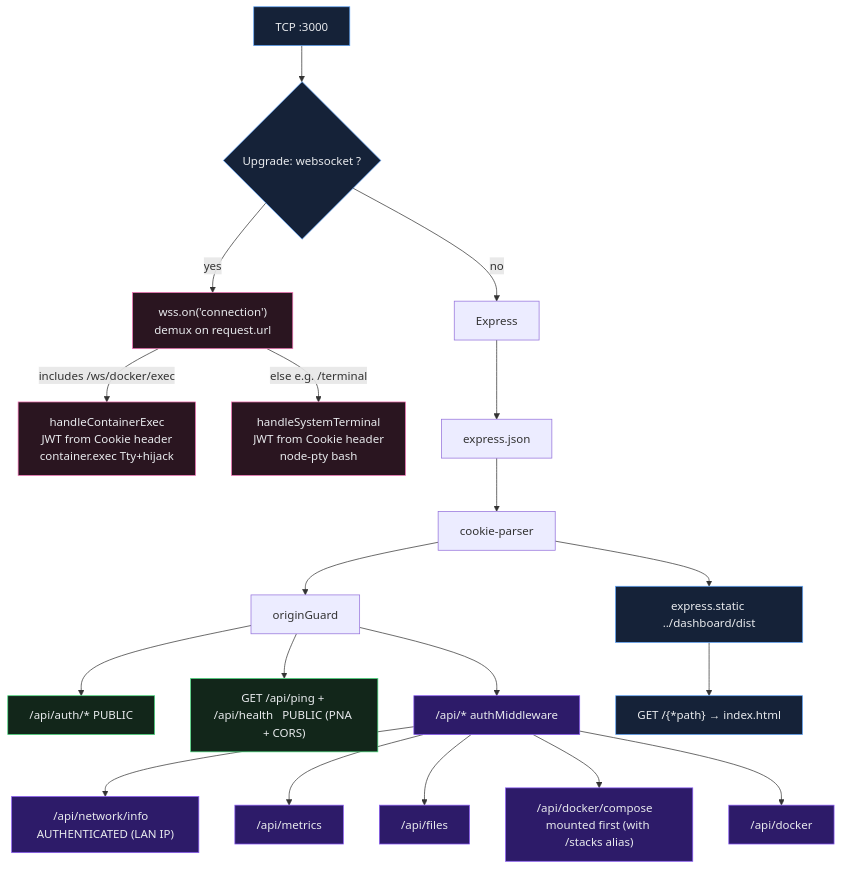
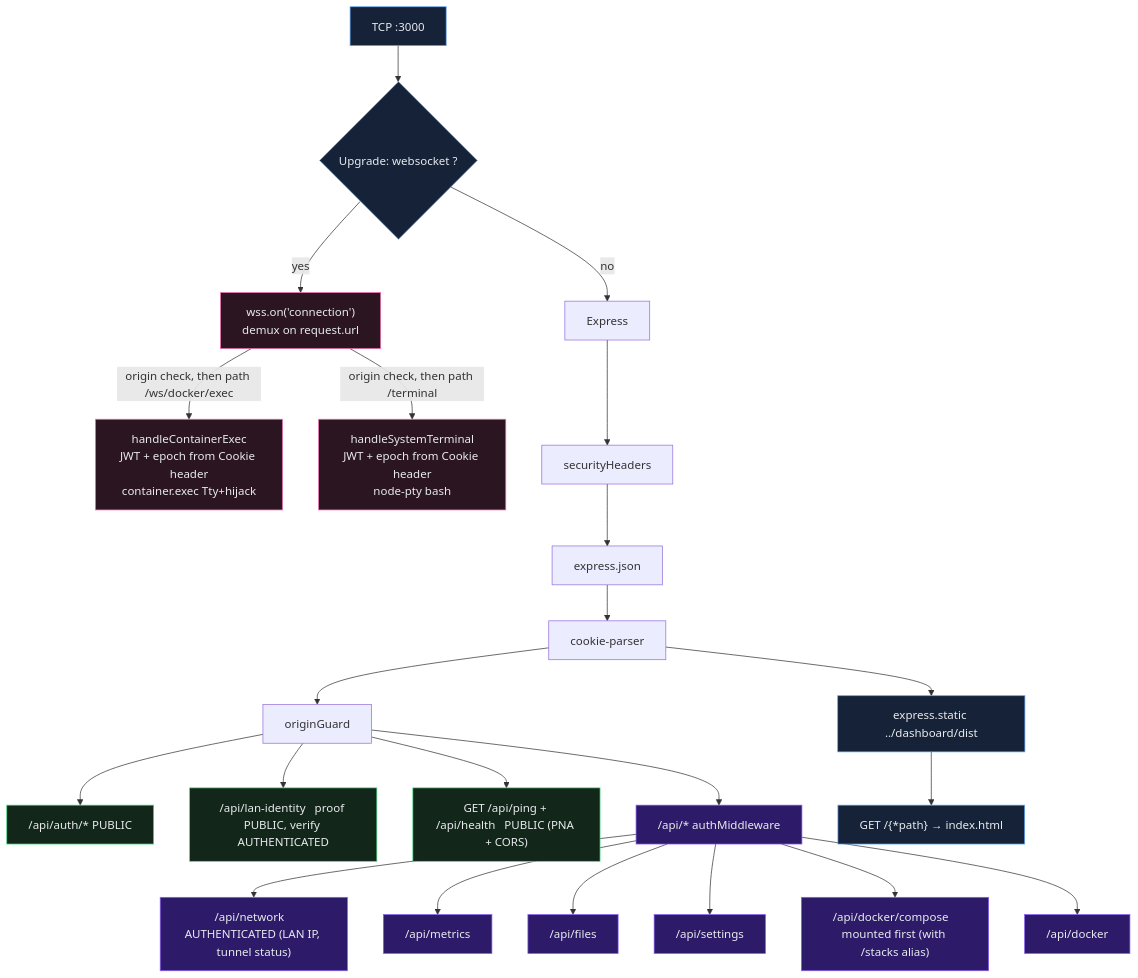
One commit to Cypher0071/Home_Cloud changed the third of 7 diagrams in docs/SYSTEM_DESIGN.md. Above: the diagram before and after it, drawn with Mermaid. The commit also changed other lines of this file and 21 other files, not shown here.

First line of the commit message:
docs: trim docs/ to the current architecture, design, roadmap and tradeoffs

````diff
--- a/docs/SYSTEM_DESIGN.md
+++ b/docs/SYSTEM_DESIGN.md
@@ -239,36 +277,39 @@
 ```mermaid
 flowchart TB
   classDef in fill:#152238,stroke:#60a5fa,color:#e8eaed
   classDef mux fill:#1e1635,stroke:#c4b5fd,color:#e8eaed
   classDef pub fill:#12261a,stroke:#4ade80,color:#e8eaed
   classDef prot fill:#2d1b69,stroke:#8b5cf6,color:#e8eaed
   classDef spa fill:#152238,stroke:#60a5fa,color:#e8eaed
   classDef ws fill:#2a1520,stroke:#f472b6,color:#e8eaed
 
   IN["TCP :3000"] --> UPG{"Upgrade: websocket ?"}
   UPG -->|yes| WSS["wss.on('connection')<br/>demux on request.url"]
   UPG -->|no| EXP["Express"]
 
-  WSS -->|"includes /ws/docker/exec"| EXEC["handleContainerExec<br/>JWT from Cookie header<br/>container.exec Tty+hijack"]
-  WSS -->|"else  e.g. /terminal"| HOST["handleSystemTerminal<br/>JWT from Cookie header<br/>node-pty bash"]
+  WSS -->|"origin check, then path /ws/docker/exec"| EXEC["handleContainerExec<br/>JWT + epoch from Cookie header<br/>container.exec Tty+hijack"]
+  WSS -->|"origin check, then path /terminal"| HOST["handleSystemTerminal<br/>JWT + epoch from Cookie header<br/>node-pty bash"]
 
-  EXP --> JSON["express.json"]
+  EXP --> SH["securityHeaders"]
+  SH --> JSON["express.json"]
   JSON --> CK["cookie-parser"]
   CK --> OG["originGuard"]
   OG --> R1["/api/auth/*   PUBLIC"]
+  OG --> LI["/api/lan-identity   proof PUBLIC, verify AUTHENTICATED"]
   OG --> HL["GET /api/ping + /api/health   PUBLIC (PNA + CORS)"]
   OG --> MW["/api/*   authMiddleware"]
-  MW --> NET["/api/network/info   AUTHENTICATED (LAN IP)"]
+  MW --> NET["/api/network   AUTHENTICATED (LAN IP, tunnel status)"]
   MW --> R2["/api/metrics"]
   MW --> R3["/api/files"]
+  MW --> R6["/api/settings"]
   MW --> R4["/api/docker/compose   mounted first (with /stacks alias)"]
   MW --> R5["/api/docker"]
   CK --> ST["express.static ../dashboard/dist"]
   ST --> SPA["GET /{*path} → index.html"]
 
   class IN,UPG in
   class WSS,EXEC,HOST ws
-  class R1,HL pub
-  class MW,NET,R2,R3,R4,R5 prot
+  class R1,LI,HL pub
+  class MW,NET,R2,R3,R4,R5,R6 prot
   class ST,SPA spa
 ```
````
